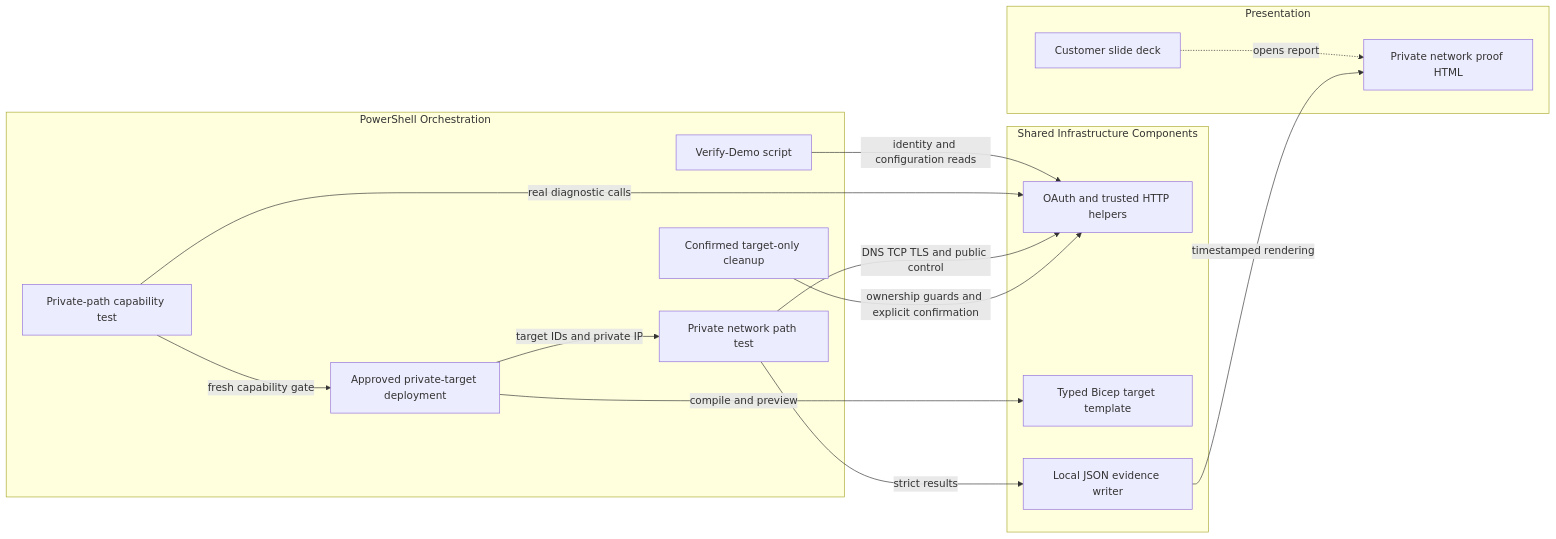
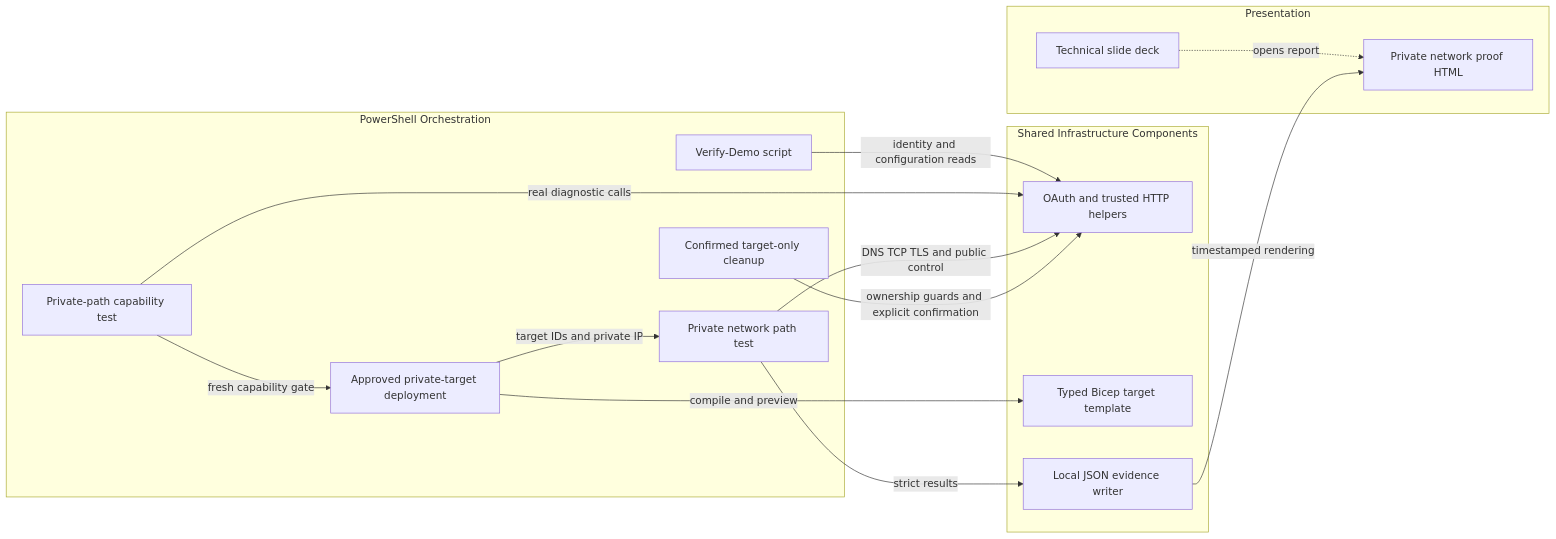
The second of 2 diagrams in .github/modernize/assessment/engines/facts/architecture-diagram.md (teo-ma/powerplatform-vnet-integration), drawn with Mermaid before and after one commit. The commit also changed other lines of this file and 6 other files, not shown here.

````diff
--- a/.github/modernize/assessment/engines/facts/architecture-diagram.md
+++ b/.github/modernize/assessment/engines/facts/architecture-diagram.md
@@ -78,29 +78,29 @@
 ```mermaid
 flowchart LR
     subgraph PresentationC2["Presentation"]
-        DeckC2["Customer slide deck"]
+        DeckC2["Technical slide deck"]
         EvidencePageC2["Private network proof HTML"]
     end
     subgraph OrchestrationC2["PowerShell Orchestration"]
         ConfigTestC2["Verify-Demo script"]
         CapabilityC2["Private-path capability test"]
         PrivateTestC2["Private network path test"]
         TargetDeployC2["Approved private-target deployment"]
         CleanupC2["Confirmed target-only cleanup"]
     end
     subgraph InfrastructureC2["Shared Infrastructure Components"]
         CommonC2["OAuth and trusted HTTP helpers"]
         BicepC2["Typed Bicep target template"]
         EvidenceC2["Local JSON evidence writer"]
     end
     DeckC2 -.->|"opens report"| EvidencePageC2
     CapabilityC2 -->|"fresh capability gate"| TargetDeployC2
     TargetDeployC2 -->|"target IDs and private IP"| PrivateTestC2
     TargetDeployC2 -->|"compile and preview"| BicepC2
     ConfigTestC2 -->|"identity and configuration reads"| CommonC2
     CapabilityC2 -->|"real diagnostic calls"| CommonC2
     PrivateTestC2 -->|"DNS TCP TLS and public control"| CommonC2
     CleanupC2 -->|"ownership guards and explicit confirmation"| CommonC2
     PrivateTestC2 -->|"strict results"| EvidenceC2
     EvidenceC2 -->|"timestamped rendering"| EvidencePageC2
 ```
````
